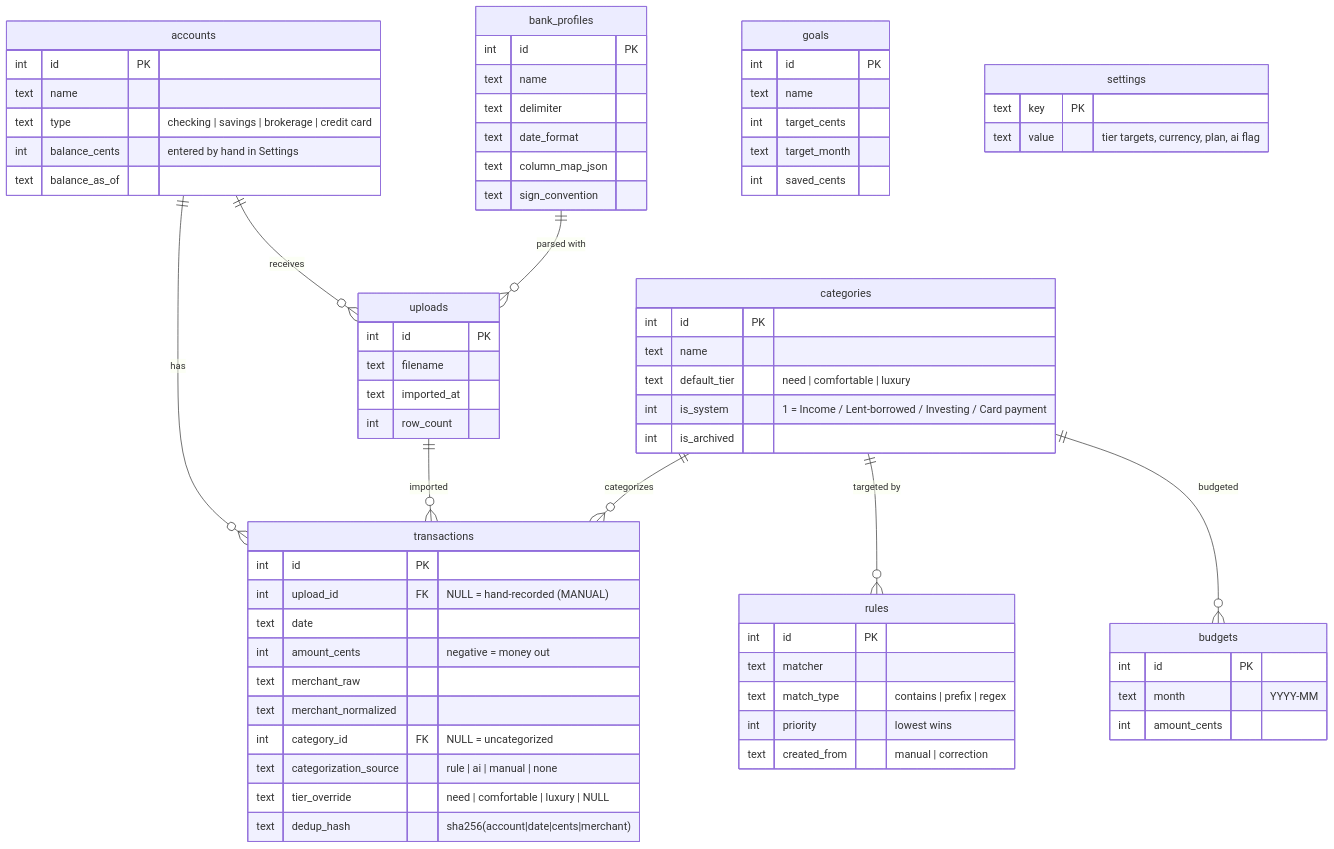
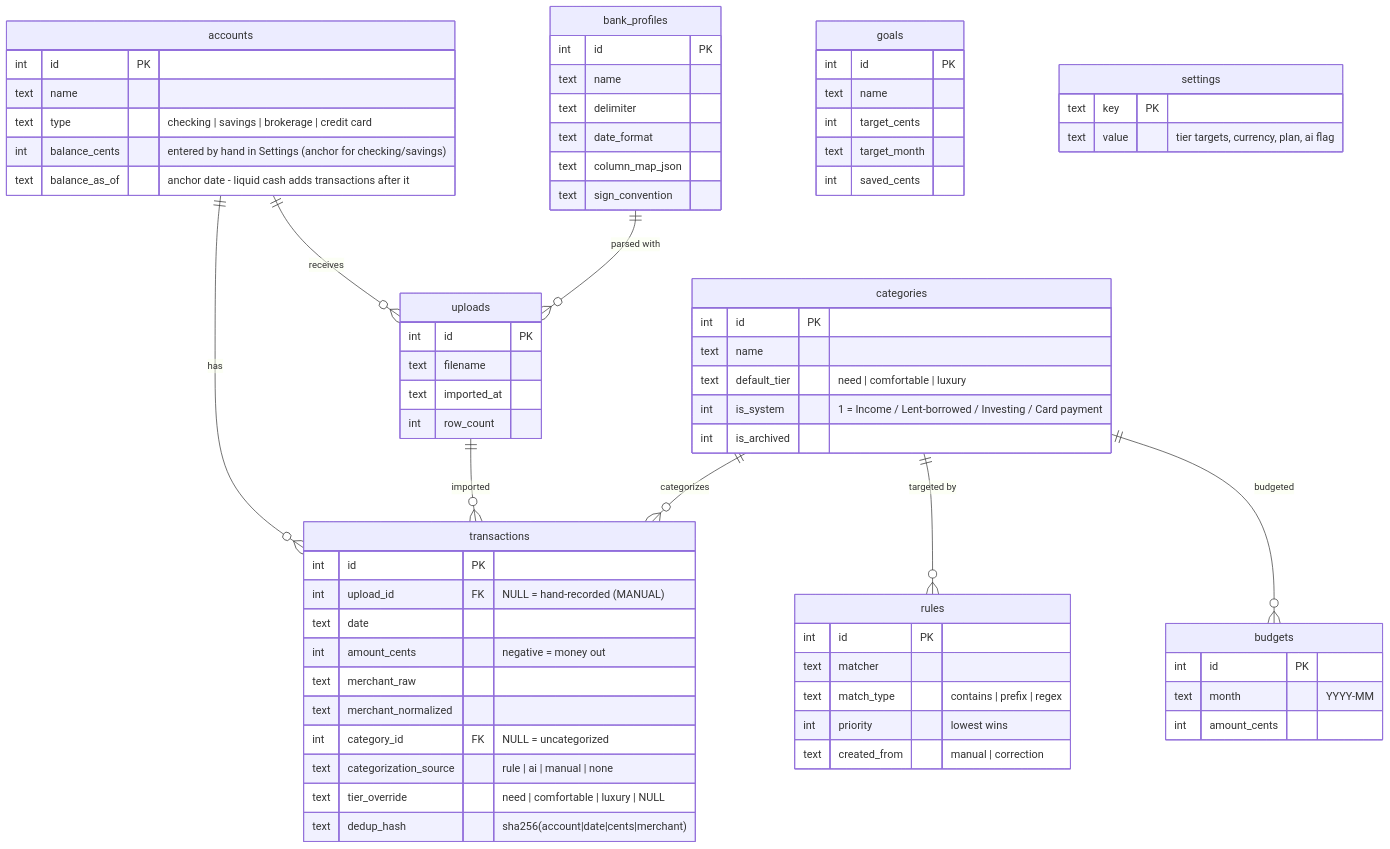
One commit to PrabhukumarSivamoorthy/moneta changed the second of 9 diagrams in docs/ARCHITECTURE.md. Above: the diagram before and after it, drawn with Mermaid. The commit also changed 7 other files, not shown here.

````diff
--- a/docs/ARCHITECTURE.md
+++ b/docs/ARCHITECTURE.md
@@ -93,74 +93,74 @@
 ```mermaid
 erDiagram
     accounts ||--o{ transactions : has
     accounts ||--o{ uploads : receives
     bank_profiles ||--o{ uploads : "parsed with"
     uploads ||--o{ transactions : imported
     categories ||--o{ transactions : categorizes
     categories ||--o{ rules : "targeted by"
     categories ||--o{ budgets : budgeted
 
     accounts {
         int id PK
         text name
         text type "checking | savings | brokerage | credit card"
-        int balance_cents "entered by hand in Settings"
-        text balance_as_of
+        int balance_cents "entered by hand in Settings (anchor for checking/savings)"
+        text balance_as_of "anchor date - liquid cash adds transactions after it"
     }
     bank_profiles {
         int id PK
         text name
         text delimiter
         text date_format
         text column_map_json
         text sign_convention
     }
     uploads {
         int id PK
         text filename
         text imported_at
         int row_count
     }
     transactions {
         int id PK
         int upload_id FK "NULL = hand-recorded (MANUAL)"
         text date
         int amount_cents "negative = money out"
         text merchant_raw
         text merchant_normalized
         int category_id FK "NULL = uncategorized"
         text categorization_source "rule | ai | manual | none"
         text tier_override "need | comfortable | luxury | NULL"
         text dedup_hash "sha256(account|date|cents|merchant)"
     }
     categories {
         int id PK
         text name
         text default_tier "need | comfortable | luxury"
         int is_system "1 = Income / Lent-borrowed / Investing / Card payment"
         int is_archived
     }
     rules {
         int id PK
         text matcher
         text match_type "contains | prefix | regex"
         int priority "lowest wins"
         text created_from "manual | correction"
     }
     budgets {
         int id PK
         text month "YYYY-MM"
         int amount_cents
     }
     goals {
         int id PK
         text name
         int target_cents
         text target_month
         int saved_cents
     }
     settings {
         text key PK
         text value "tier targets, currency, plan, ai flag"
     }
 ```
````
